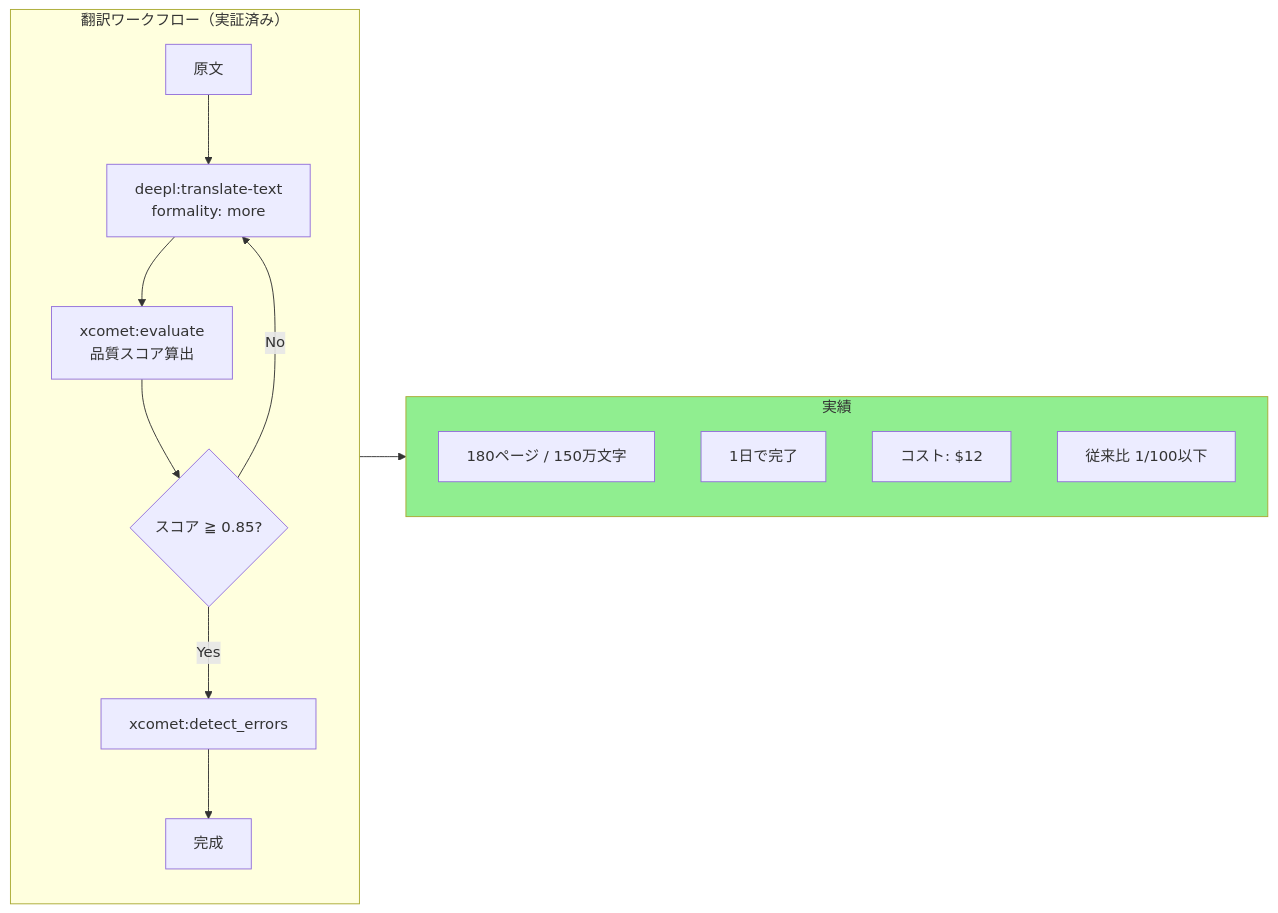
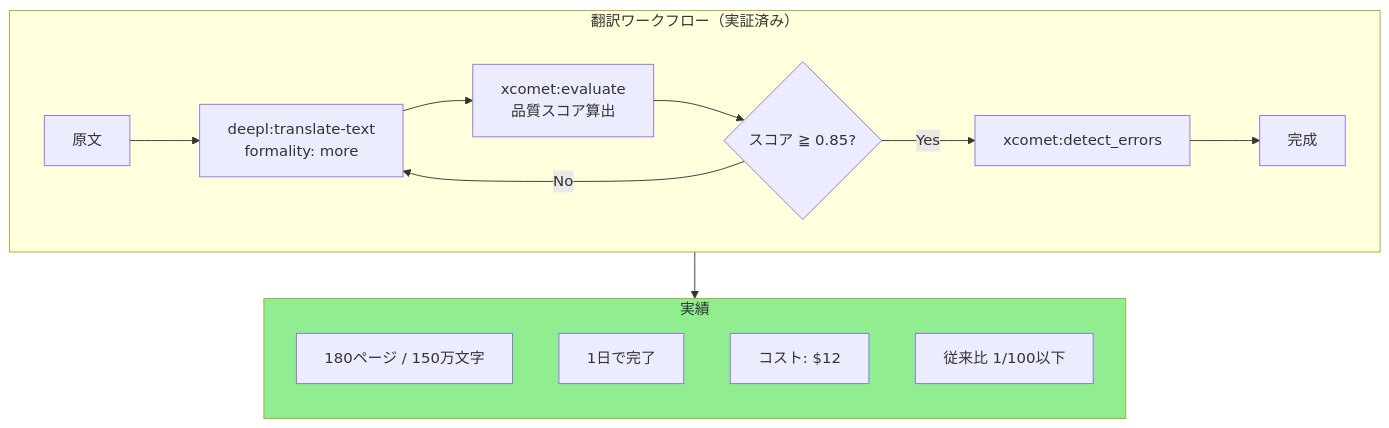
The fourth of 10 diagrams in ai-agent-toolkit-analysis.md (shuji-bonji/ai-agent-architecture), drawn with Mermaid before and after one commit. The commit also changed other lines of this file and 13 other files, not shown here.

Commit message:
fix: Mermaidダイアグラム図の改善

````diff
--- a/ai-agent-toolkit-analysis.md
+++ b/ai-agent-toolkit-analysis.md
@@ -168,22 +169,24 @@
 ```mermaid
-flowchart LR
+flowchart TB
     subgraph Workflow["翻訳ワークフロー（実証済み）"]
+        direction LR
         A["原文"] --> B["deepl:translate-text<br/>formality: more"]
         B --> C["xcomet:evaluate<br/>品質スコア算出"]
         C --> D{スコア ≧ 0.85?}
         D -->|Yes| E["xcomet:detect_errors"]
         D -->|No| B
         E --> F["完成"]
     end
 
     subgraph Results["実績"]
+        direction TB
         R1["180ページ / 150万文字"]
         R2["1日で完了"]
         R3["コスト: $12"]
         R4["従来比 1/100以下"]
     end
 
     Workflow --> Results
 
-    style Results fill:#90EE90
+    style Results fill:#90EE90,color:#333
 ```
````
